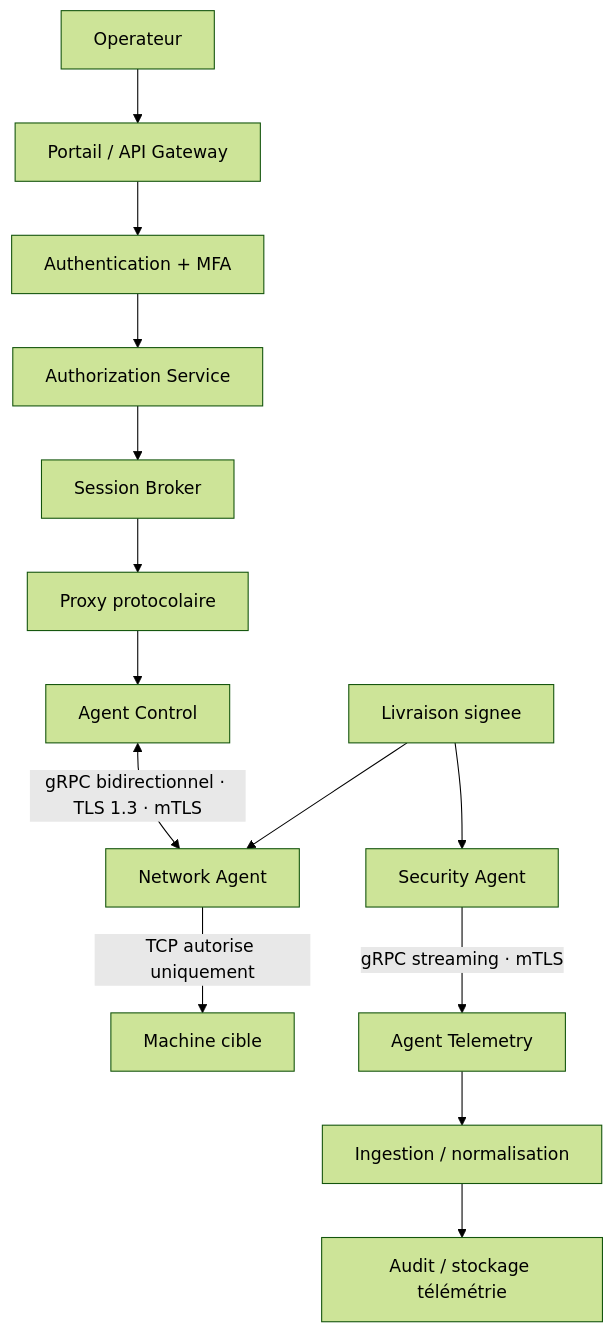
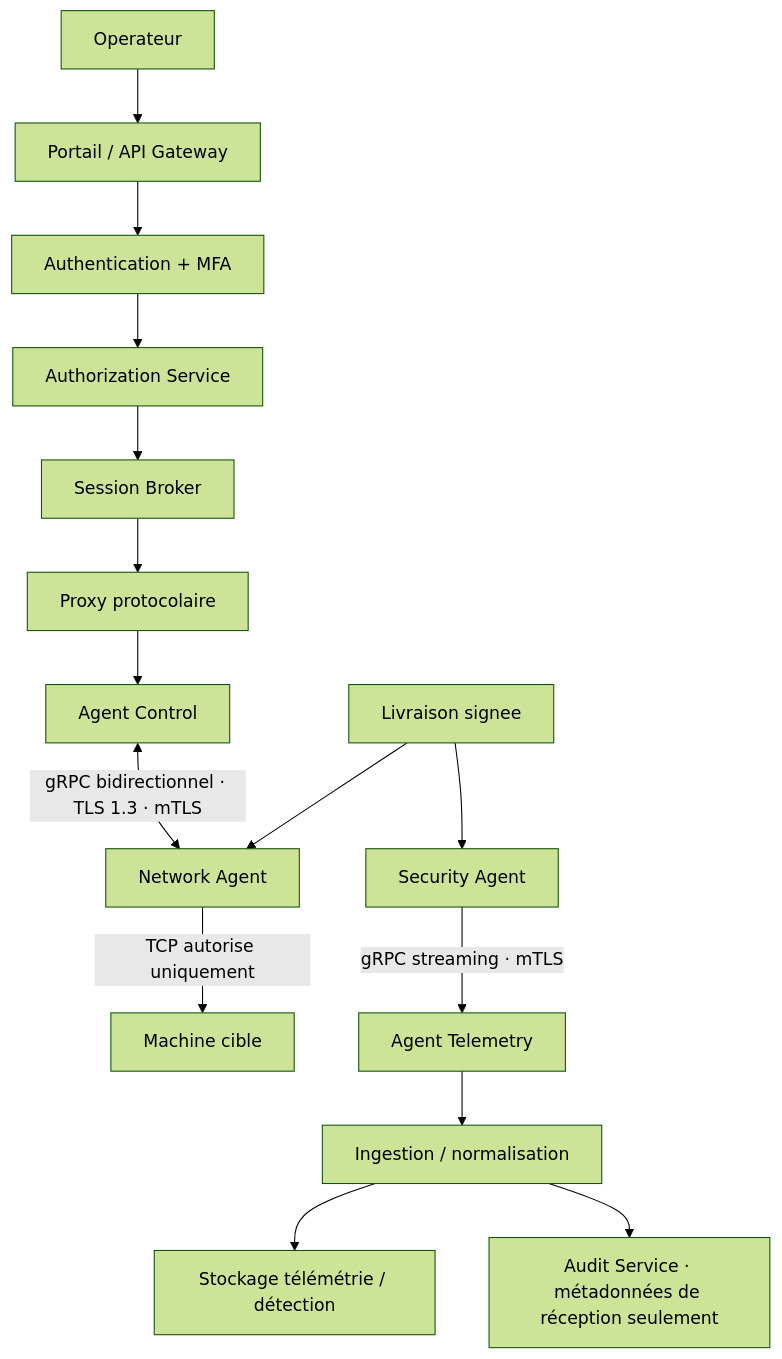
The diagram in docs/security/threat-model-agents.md (openbastion/openbastion), drawn with Mermaid (forest theme) before and after one commit.

Commit message:
docs(security): refine agent trust boundaries in threat-model-agents.md

```diff
--- a/docs/security/threat-model-agents.md
+++ b/docs/security/threat-model-agents.md
@@ -17,16 +17,17 @@
 ~~~mermaid
 flowchart TB
   OP[Operateur] --> UI[Portail / API Gateway]
   UI --> AUTH[Authentication + MFA]
   AUTH --> AZ[Authorization Service]
   AZ --> SB[Session Broker]
   SB --> PX[Proxy protocolaire]
   PX --> AC[Agent Control]
   AC <-->|gRPC bidirectionnel · TLS 1.3 · mTLS| NA[Network Agent]
   NA -->|TCP autorise uniquement| TARGET[Machine cible]
   SA[Security Agent] -->|gRPC streaming · mTLS| AT[Agent Telemetry]
   AT --> ING[Ingestion / normalisation]
-  ING --> AUD[Audit / stockage télémétrie]
+  ING --> TS[Stockage télémétrie / détection]
+  ING --> AUD[Audit Service · métadonnées de réception seulement]
   UP[Livraison signee] --> NA
   UP --> SA
 ~~~
```
